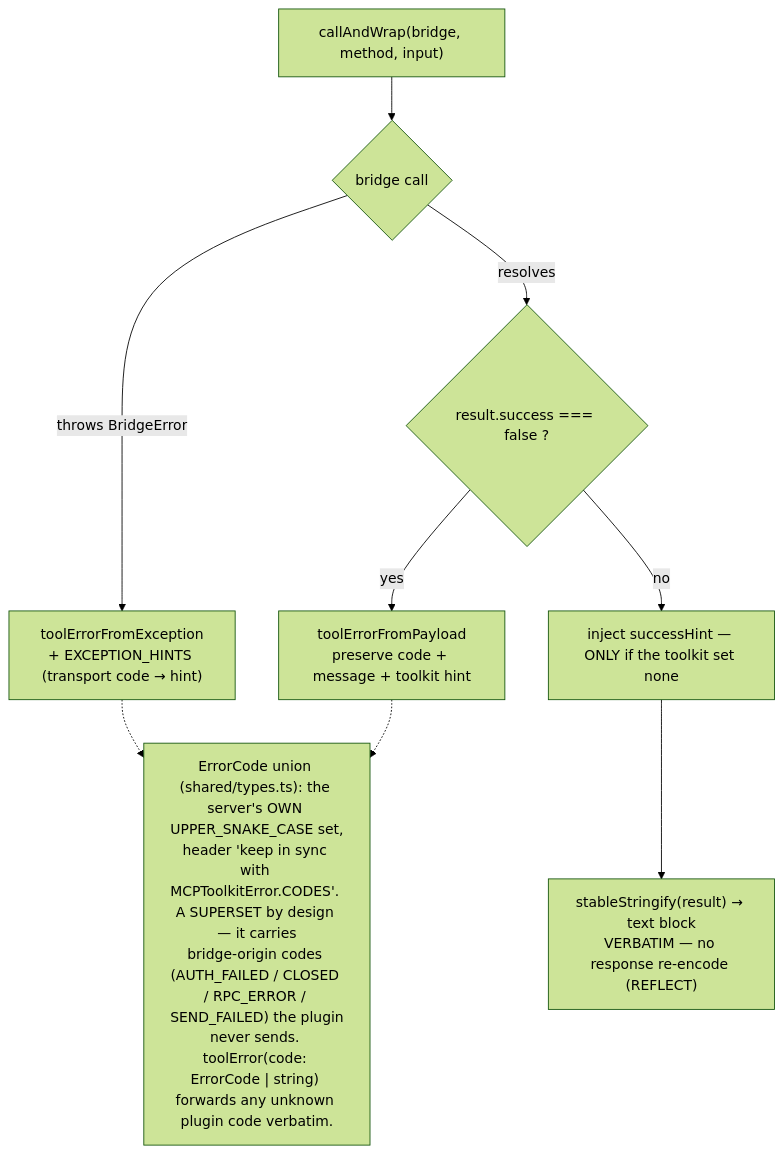
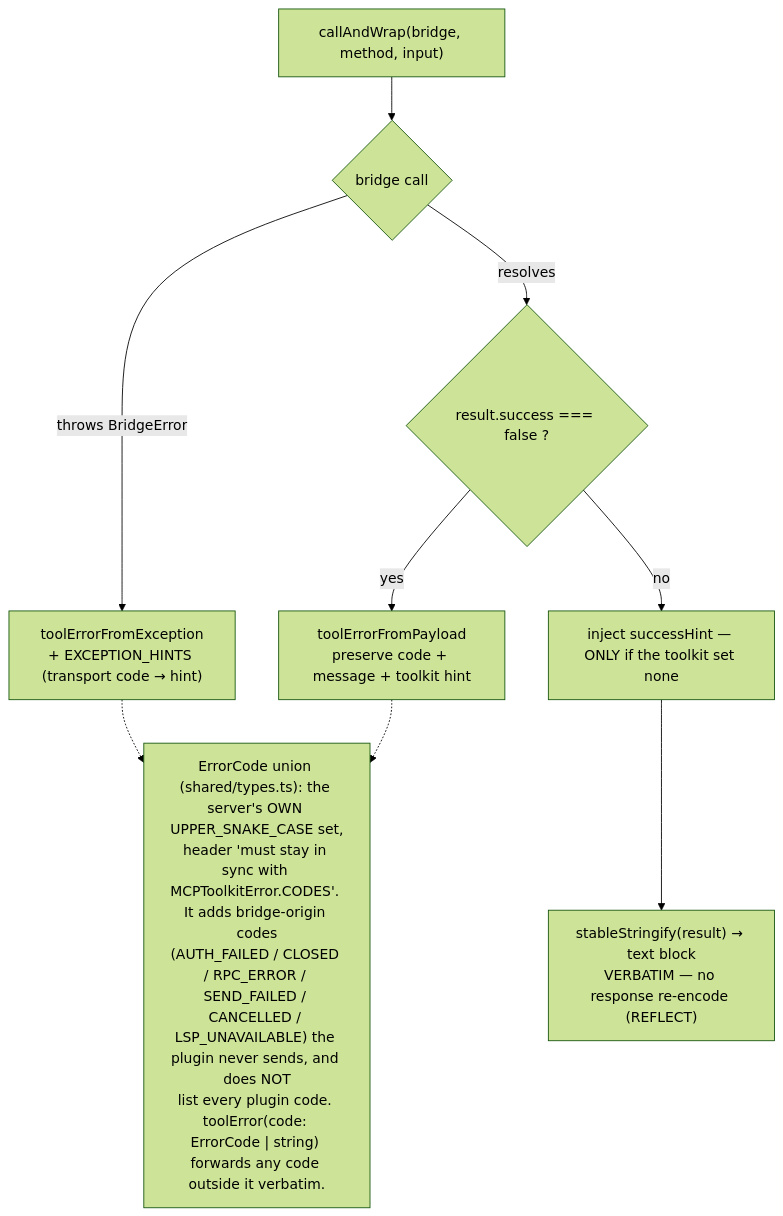
Before and after one commit to NPGameDev/godot-mcp-server: the seventh of 13 diagrams in docs/architecture/README.md, drawn with Mermaid (forest theme). The commit also changed other lines of this file and 1 other file, not shown here.

First line of the commit message:
docs(arch): re-attest the stale architecture diagrams

````diff
--- a/docs/architecture/README.md
+++ b/docs/architecture/README.md
@@ -398,12 +412,12 @@
 ```mermaid
 flowchart TD
     call["callAndWrap(bridge, method, input)"] --> br{"bridge call"}
     br -->|"throws BridgeError"| exc["toolErrorFromException<br/>+ EXCEPTION_HINTS (transport code → hint)"]
     br -->|"resolves"| payload{"result.success === false ?"}
     payload -->|"yes"| pe["toolErrorFromPayload<br/>preserve code + message + toolkit hint"]
     payload -->|"no"| hint["inject successHint — ONLY if the toolkit set none"]
     hint --> reflect["stableStringify(result) → text block<br/>VERBATIM — no response re-encode (REFLECT)"]
-    note["ErrorCode union (shared/types.ts): the server's OWN UPPER_SNAKE_CASE set,<br/>header 'keep in sync with MCPToolkitError.CODES'. A SUPERSET by design — it carries<br/>bridge-origin codes (AUTH_FAILED / CLOSED / RPC_ERROR / SEND_FAILED) the plugin<br/>never sends. toolError(code: ErrorCode | string) forwards any unknown plugin code verbatim."]
+    note["ErrorCode union (shared/types.ts): the server's OWN UPPER_SNAKE_CASE set,<br/>header 'must stay in sync with MCPToolkitError.CODES'. It adds bridge-origin codes<br/>(AUTH_FAILED / CLOSED / RPC_ERROR / SEND_FAILED / CANCELLED / LSP_UNAVAILABLE) the plugin never sends, and does NOT<br/>list every plugin code. toolError(code: ErrorCode | string) forwards any code outside it verbatim."]
     exc -.-> note
     pe -.-> note
 ```
````
